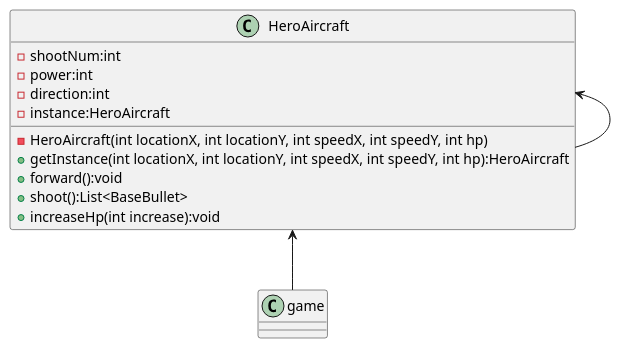
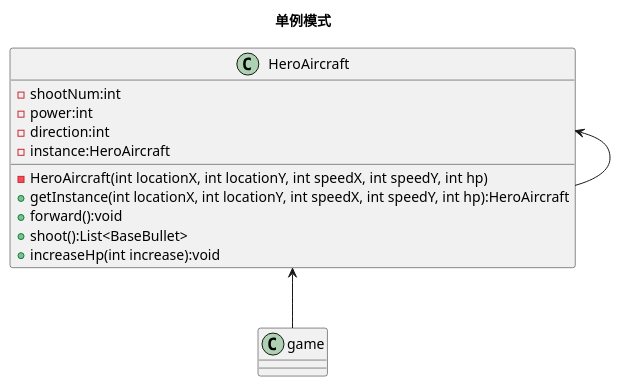
Before and after one commit to LIMINGNING/aircraft_war: the diagram in uml/singleton.puml, drawn with PlantUML.

Commit message:
add title

```diff
--- a/uml/singleton.puml
+++ b/uml/singleton.puml
@@ -1,19 +1,20 @@
 @startuml
 'https://plantuml.com/class-diagram
+title:单例模式
 
 class HeroAircraft {
     - shootNum:int
     - power:int
     - direction:int
     - instance:HeroAircraft
     - HeroAircraft(int locationX, int locationY, int speedX, int speedY, int hp)
     + getInstance(int locationX, int locationY, int speedX, int speedY, int hp):HeroAircraft
     + forward():void
     + shoot():List<BaseBullet>
     + increaseHp(int increase):void
 }
 
 HeroAircraft <-- HeroAircraft
 HeroAircraft <-- game
 
 @enduml
```
